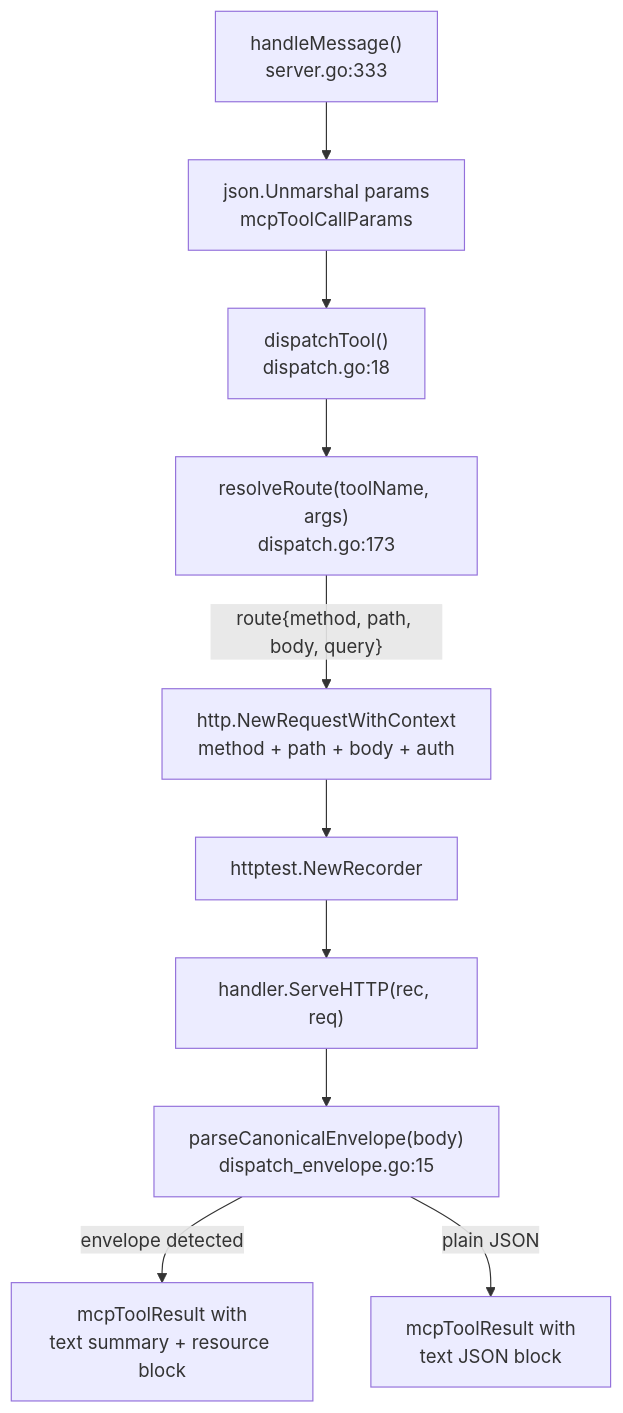
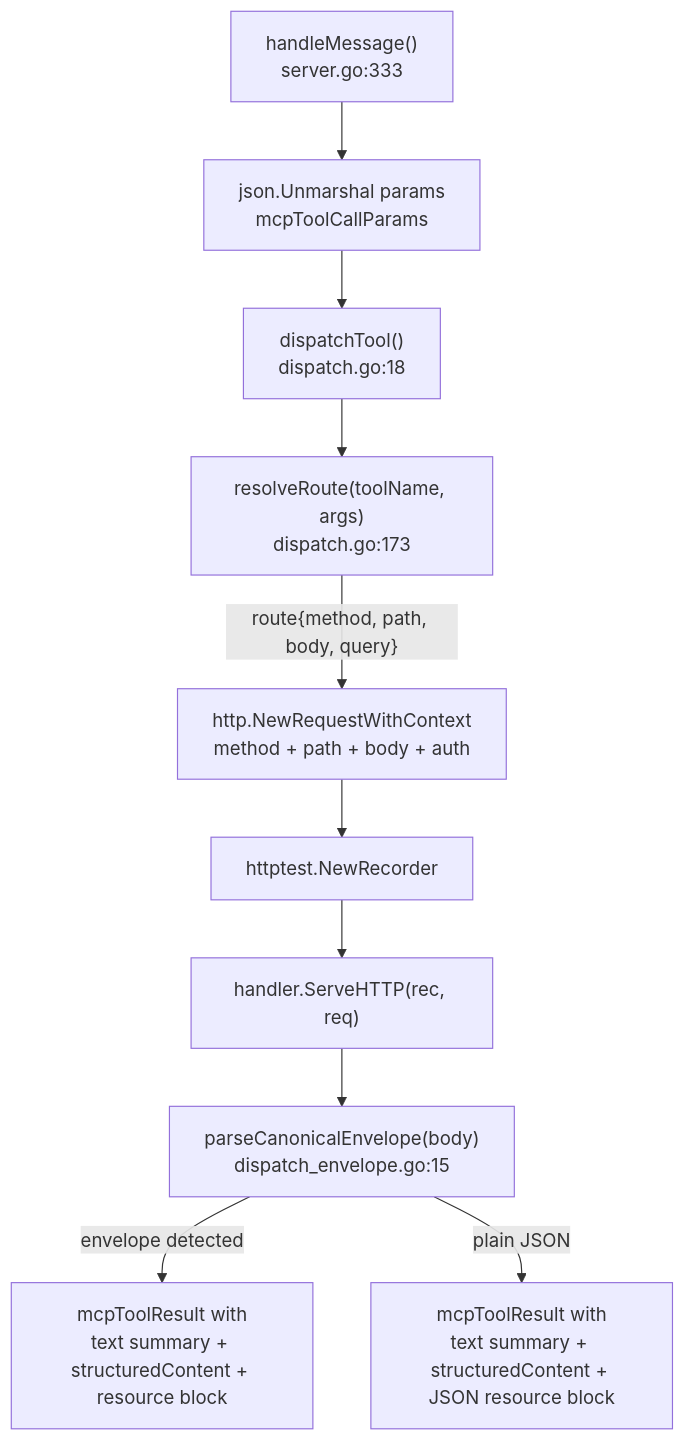
One commit to eshu-hq/eshu changed the second of 2 diagrams in go/internal/mcp/README.md. Above: the diagram before and after it, drawn with Mermaid. The commit also changed other lines of this file and 4 other files, not shown here.

Commit message:
fix(mcp): return structured tool payloads

````diff
--- a/go/internal/mcp/README.md
+++ b/go/internal/mcp/README.md
@@ -36,23 +36,23 @@
 ```mermaid
 flowchart TB
     hm["handleMessage()\nserver.go:333"]
     parse["json.Unmarshal params\nmcpToolCallParams"]
     dt["dispatchTool()\ndispatch.go:18"]
     rr["resolveRoute(toolName, args)\ndispatch.go:173"]
     req["http.NewRequestWithContext\nmethod + path + body + auth"]
     rec["httptest.NewRecorder"]
     serve["handler.ServeHTTP(rec, req)"]
     pce["parseCanonicalEnvelope(body)\ndispatch_envelope.go:15"]
-    envelope["mcpToolResult with\ntext summary + resource block"]
-    plain["mcpToolResult with\ntext JSON block"]
+    envelope["mcpToolResult with\ntext summary + structuredContent + resource block"]
+    plain["mcpToolResult with\ntext summary + structuredContent + JSON resource block"]
 
     hm --> parse
     parse --> dt
     dt --> rr
     rr -->|"route{method, path, body, query}"| req
     req --> rec
     rec --> serve
     serve --> pce
     pce -->|"envelope detected"| envelope
     pce -->|"plain JSON"| plain
 ```
````
